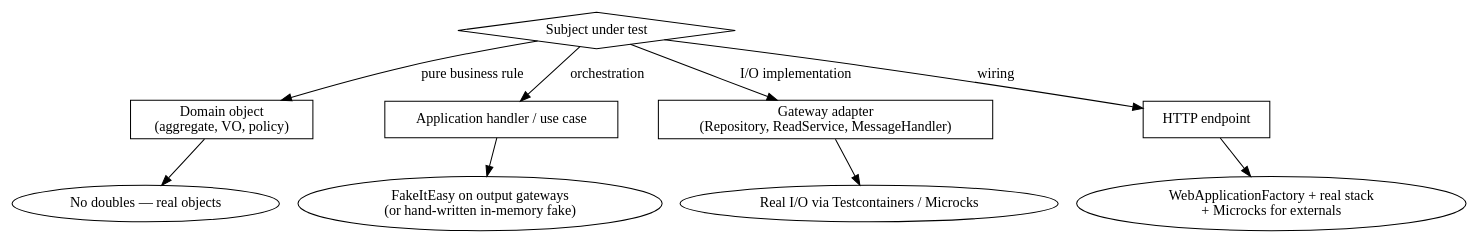
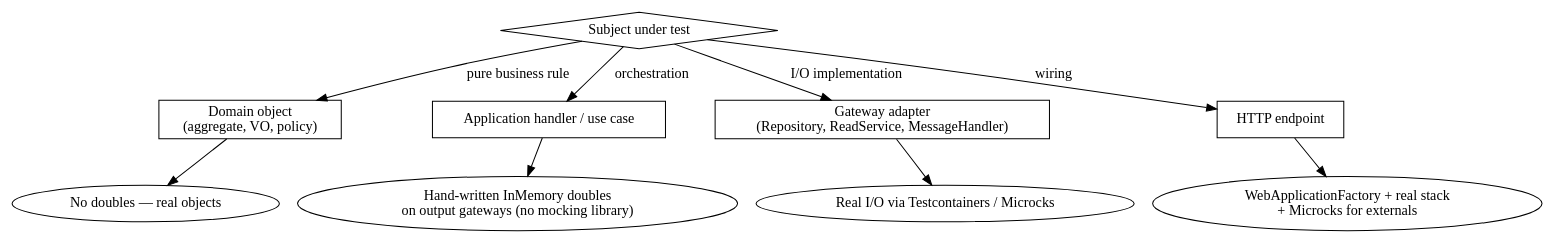
The first of 2 diagrams in plugins/skraft-framework/skills/clean-architecture-testing/references/doubles-decision-tree.md (SebastienDegodez/skraft-plugin), drawn with Graphviz before and after one commit. The commit also changed other lines of this file and 43 other files, not shown here.

````diff
--- a/plugins/skraft-framework/skills/clean-architecture-testing/references/doubles-decision-tree.md
+++ b/plugins/skraft-framework/skills/clean-architecture-testing/references/doubles-decision-tree.md
@@ -7,19 +7,19 @@
 ```dot
 digraph doubles {
     "Subject under test" [shape=diamond];
     "Domain object\n(aggregate, VO, policy)" [shape=box];
     "Application handler / use case" [shape=box];
     "Gateway adapter\n(Repository, ReadService, MessageHandler)" [shape=box];
     "HTTP endpoint" [shape=box];
 
     "Subject under test" -> "Domain object\n(aggregate, VO, policy)" [label="pure business rule"];
     "Subject under test" -> "Application handler / use case" [label="orchestration"];
     "Subject under test" -> "Gateway adapter\n(Repository, ReadService, MessageHandler)" [label="I/O implementation"];
     "Subject under test" -> "HTTP endpoint" [label="wiring"];
 
     "Domain object\n(aggregate, VO, policy)" -> "No doubles — real objects";
-    "Application handler / use case" -> "FakeItEasy on output gateways\n(or hand-written in-memory fake)";
+    "Application handler / use case" -> "Hand-written InMemory doubles\non output gateways (no mocking library)";
     "Gateway adapter\n(Repository, ReadService, MessageHandler)" -> "Real I/O via Testcontainers / Microcks";
     "HTTP endpoint" -> "WebApplicationFactory + real stack\n+ Microcks for externals";
 }
 ```
````
